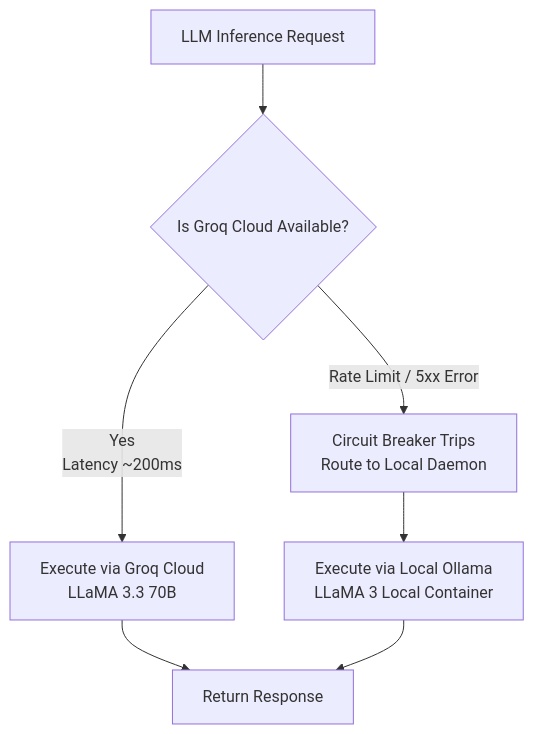
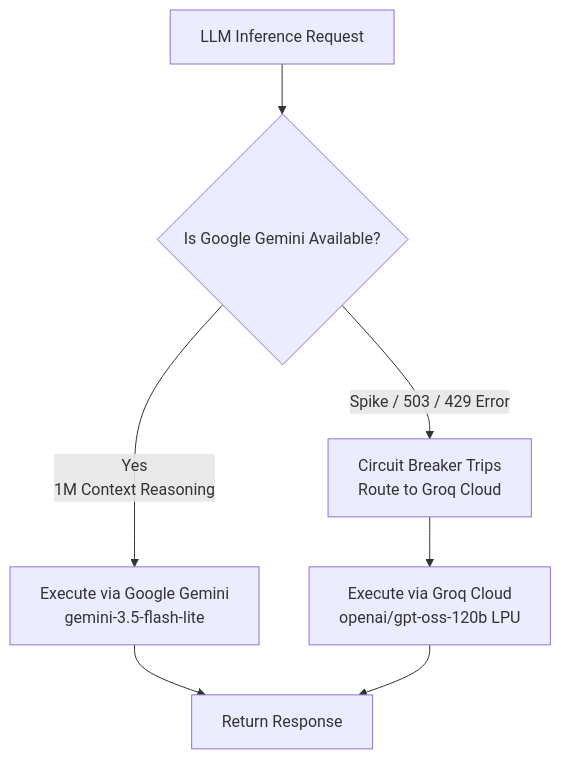
The second of 2 diagrams in docs/SYSTEM_DESIGN.md (din-esh-kumar/Vectronyx), drawn with Mermaid before and after one commit. The commit also changed other lines of this file and 8 other files, not shown here.

Commit message:
docs(architecture): update documentation suite to cloud-native storage, pgvector, and Gemini/Groq dual inference

````diff
--- a/docs/SYSTEM_DESIGN.md
+++ b/docs/SYSTEM_DESIGN.md
@@ -209,12 +209,12 @@
 ```mermaid
 flowchart TD
-    Req[LLM Inference Request] --> CheckCloud{Is Groq Cloud Available?}
+    Req[LLM Inference Request] --> CheckGemini{Is Google Gemini Available?}
     
-    CheckCloud -->|Yes\nLatency ~200ms| GroqExec[Execute via Groq Cloud\nLLaMA 3.3 70B]
-    CheckCloud -->|Rate Limit / 5xx Error| FallbackOllama[Circuit Breaker Trips\nRoute to Local Daemon]
+    CheckGemini -->|Yes\n1M Context Reasoning| GeminiExec[Execute via Google Gemini\ngemini-3.5-flash-lite]
+    CheckGemini -->|Spike / 503 / 429 Error| FallbackGroq[Circuit Breaker Trips\nRoute to Groq Cloud]
     
-    FallbackOllama --> OllamaExec[Execute via Local Ollama\nLLaMA 3 Local Container]
+    FallbackGroq --> GroqExec[Execute via Groq Cloud\nopenai/gpt-oss-120b LPU]
     
-    GroqExec --> Success[Return Response]
-    OllamaExec --> Success
+    GeminiExec --> Success[Return Response]
+    GroqExec --> Success
 ```
````
